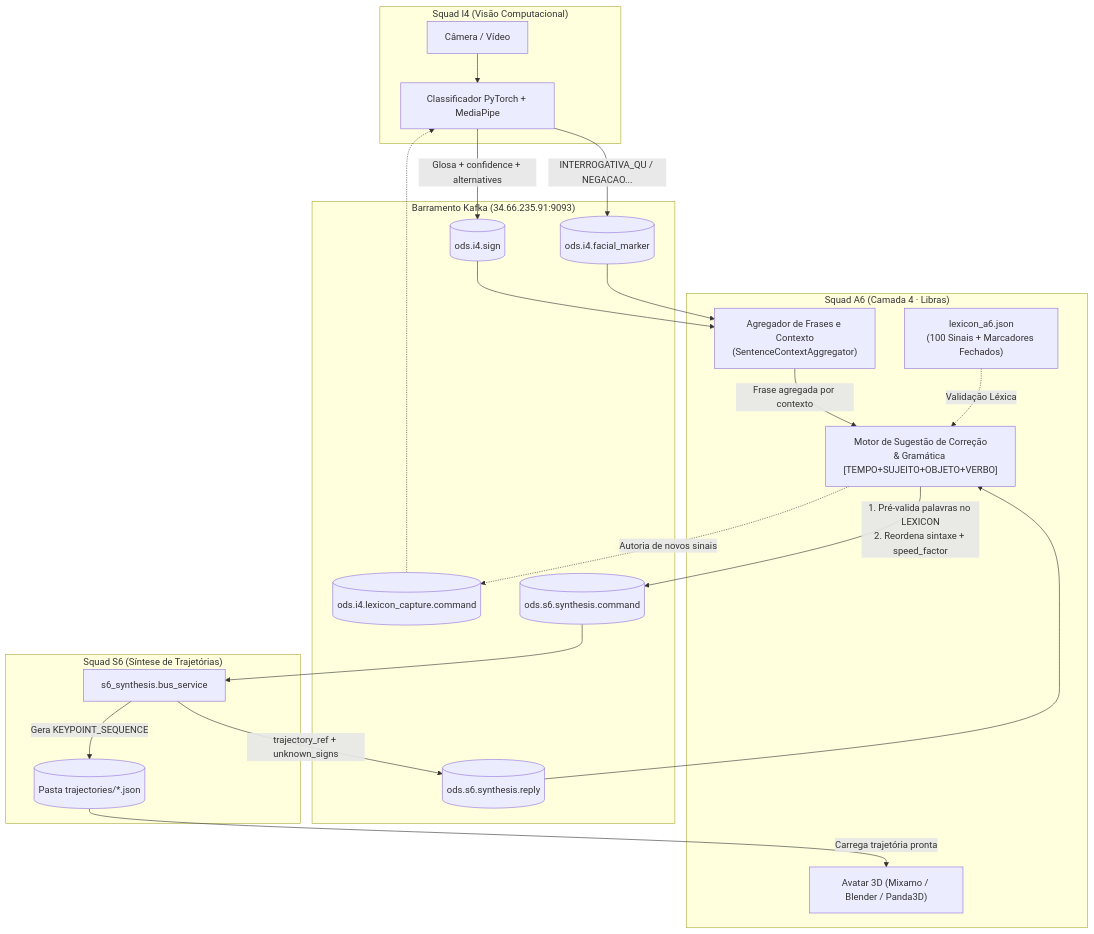
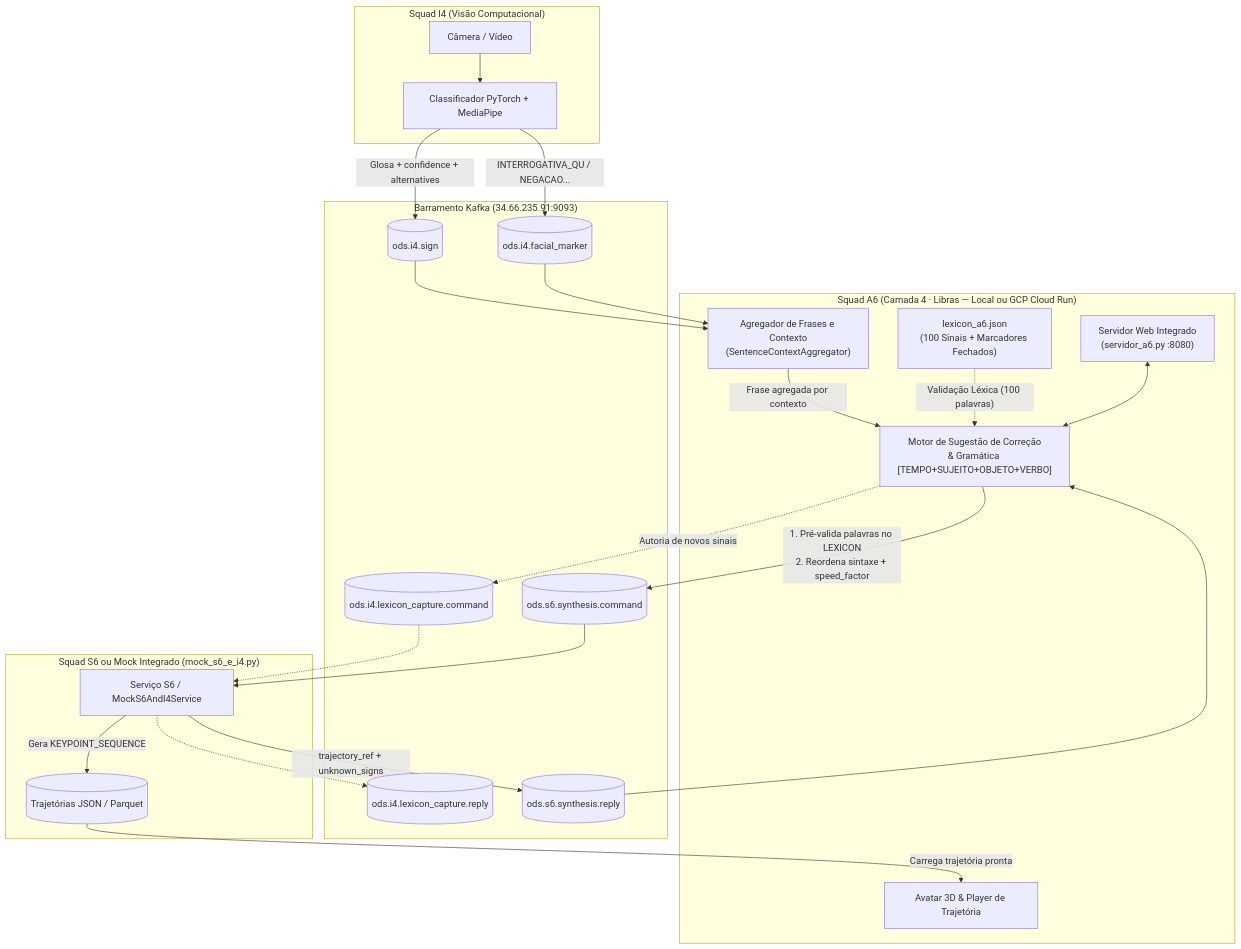
One commit to ods-26-2/a6 changed the diagram in README.md. Above: the diagram before and after it, drawn with Mermaid. The commit also changed other lines of this file and 4 other files, not shown here.

Commit message:
feat: add Docker configuration and web server with mock services for A6 application

````diff
--- a/README.md
+++ b/README.md
@@ -22,42 +18,45 @@
 ```mermaid
 flowchart TB
     subgraph I4["Squad I4 (Visão Computacional)"]
         CAM["Câmera / Vídeo"] --> I4_MOD["Classificador PyTorch + MediaPipe"]
     end
 
     subgraph KAFKA["Barramento Kafka (34.66.235.91:9093)"]
         T_SIGN[("ods.i4.sign")]
         T_MARK[("ods.i4.facial_marker")]
         T_CAP_CMD[("ods.i4.lexicon_capture.command")]
+        T_CAP_RPL[("ods.i4.lexicon_capture.reply")]
         T_SYN_CMD[("ods.s6.synthesis.command")]
         T_SYN_RPL[("ods.s6.synthesis.reply")]
     end
 
-    subgraph A6["Squad A6 (Camada 4 · Libras)"]
+    subgraph A6["Squad A6 (Camada 4 · Libras — Local ou GCP Cloud Run)"]
+        WEB["Servidor Web Integrado<br/>(servidor_a6.py :8080)"]
         LEX["lexicon_a6.json<br/>(100 Sinais + Marcadores Fechados)"]
         AGG["Agregador de Frases e Contexto<br/>(SentenceContextAggregator)"]
         SUG["Motor de Sugestão de Correção<br/>& Gramática [TEMPO+SUJEITO+OBJETO+VERBO]"]
-        AVATAR["Avatar 3D (Mixamo / Blender / Panda3D)"]
+        AVATAR["Avatar 3D & Player de Trajetória"]
     end
 
-    subgraph S6["Squad S6 (Síntese de Trajetórias)"]
-        S6_SRV["s6_synthesis.bus_service"]
-        TRAJ[("Pasta trajectories/*.json")]
+    subgraph S6["Squad S6 ou Mock Integrado (mock_s6_e_i4.py)"]
+        S6_SRV["Serviço S6 / MockS6AndI4Service"]
+        TRAJ[("Trajetórias JSON / Parquet")]
     end
 
     I4_MOD -->|"Glosa + confidence + alternatives"| T_SIGN
     I4_MOD -->|"INTERROGATIVA_QU / NEGACAO..."| T_MARK
     T_SIGN --> AGG
     T_MARK --> AGG
     AGG -->|"Frase agregada por contexto"| SUG
-    LEX -.->|"Validação Léxica"| SUG
+    LEX -.->|"Validação Léxica (100 palavras)"| SUG
+    WEB <--> SUG
     SUG -->|"1. Pré-valida palavras no LEXICON<br/>2. Reordena sintaxe + speed_factor"| T_SYN_CMD
     SUG -.->|"Autoria de novos sinais"| T_CAP_CMD
-    T_CAP_CMD -.-> I4_MOD
+    T_CAP_CMD -.-> S6_SRV
+    S6_SRV -.-> T_CAP_RPL
     T_SYN_CMD --> S6_SRV
     S6_SRV -->|"Gera KEYPOINT_SEQUENCE"| TRAJ
     S6_SRV -->|"trajectory_ref + unknown_signs"| T_SYN_RPL
     T_SYN_RPL --> SUG
     TRAJ -->|"Carrega trajetória pronta"| AVATAR
-
 ```
````
